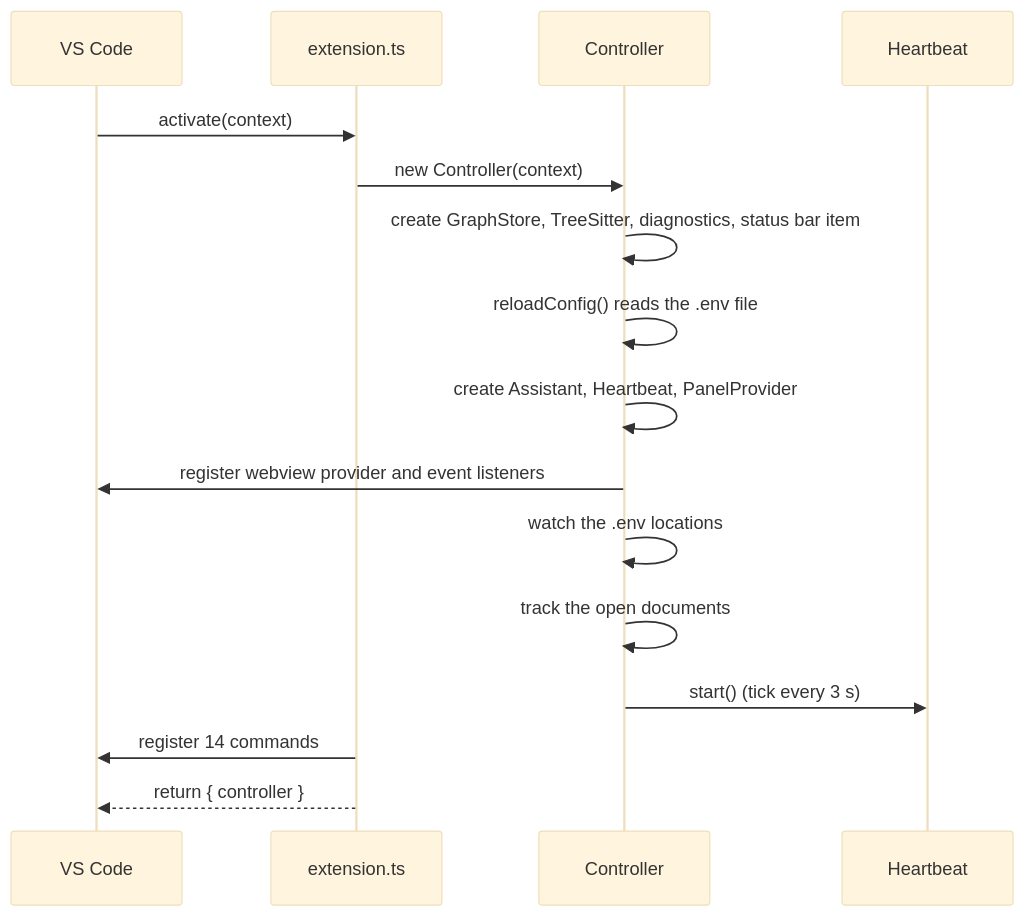
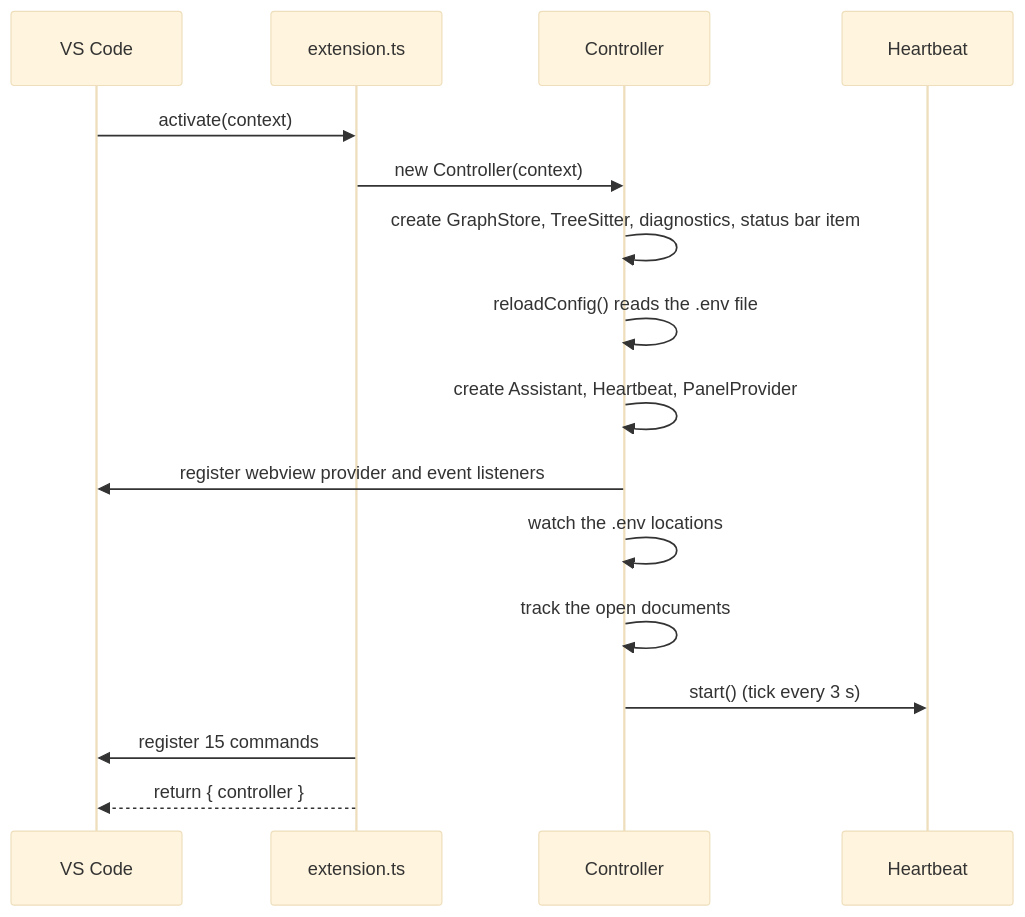
The second of 5 diagrams in docs/06-architecture.md (ErrDivine/Assistive), drawn with Mermaid (base theme) before and after one commit. The commit also changed 11 other files, not shown here.

````diff
--- a/docs/06-architecture.md
+++ b/docs/06-architecture.md
@@ -96,18 +96,18 @@
 ```mermaid
 sequenceDiagram
     participant VS as VS Code
     participant E as extension.ts
     participant C as Controller
     participant H as Heartbeat
     VS->>E: activate(context)
     E->>C: new Controller(context)
     C->>C: create GraphStore, TreeSitter, diagnostics, status bar item
     C->>C: reloadConfig() reads the .env file
     C->>C: create Assistant, Heartbeat, PanelProvider
     C->>VS: register webview provider and event listeners
     C->>C: watch the .env locations
     C->>C: track the open documents
     C->>H: start() (tick every 3 s)
-    E->>VS: register 14 commands
+    E->>VS: register 15 commands
     E-->>VS: return { controller }
 ```
````
